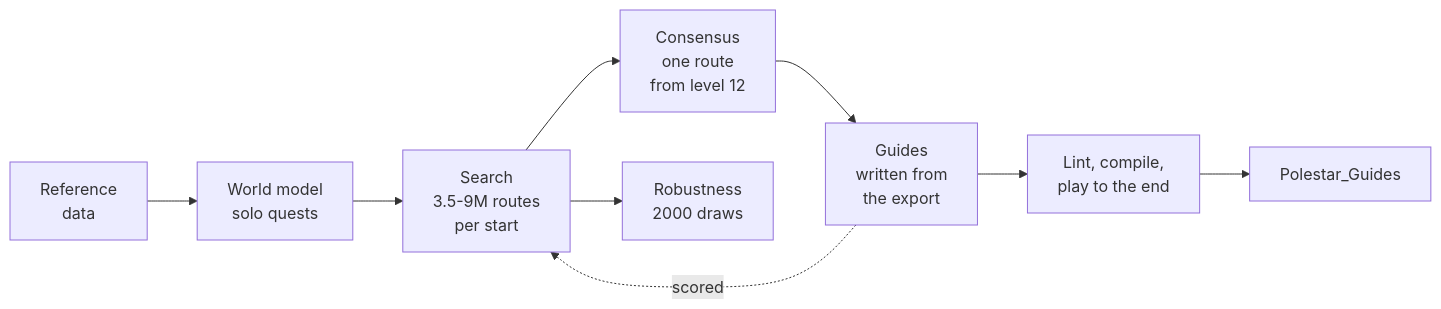
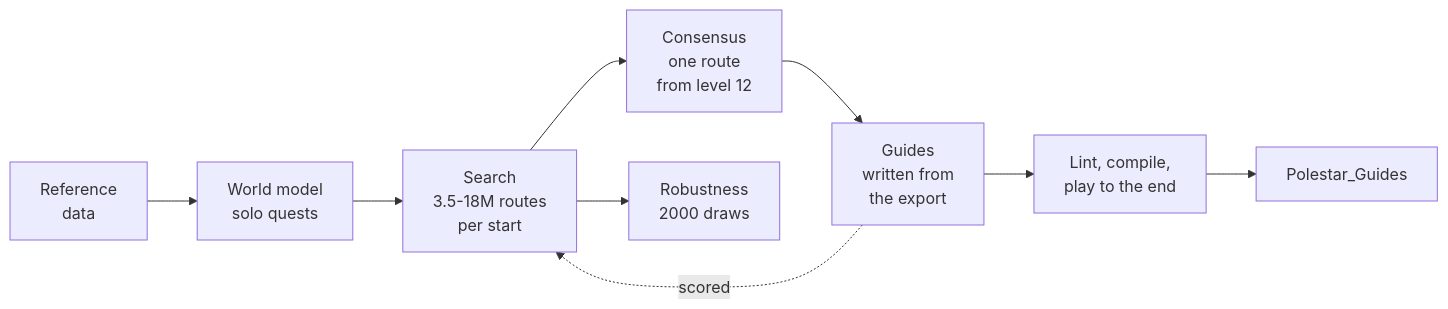
One commit to AurumTitanos/polestar changed the diagram in README.md. Above: the diagram before and after it, drawn with Mermaid. The commit also changed other lines of this file and 3 other files, not shown here.

Commit message:
Docs: a second, independent route search checks the first; the README's numbers and charts show both

````diff
--- a/README.md
+++ b/README.md
@@ -293,11 +293,11 @@
 ```mermaid
 flowchart LR
   data["Reference<br/>data"] --> world["World model<br/>solo quests"]
-  world --> search["Search<br/>3.5-9M routes<br/>per start"]
+  world --> search["Search<br/>3.5-18M routes<br/>per start"]
   search --> consensus["Consensus<br/>one route<br/>from level 12"]
   search --> robust["Robustness<br/>2000 draws"]
   consensus --> guides["Guides<br/>written from<br/>the export"]
   guides --> compile["Lint, compile,<br/>play to the end"]
   compile --> addon["Polestar_Guides"]
   guides -. scored .-> search
 ```
````
